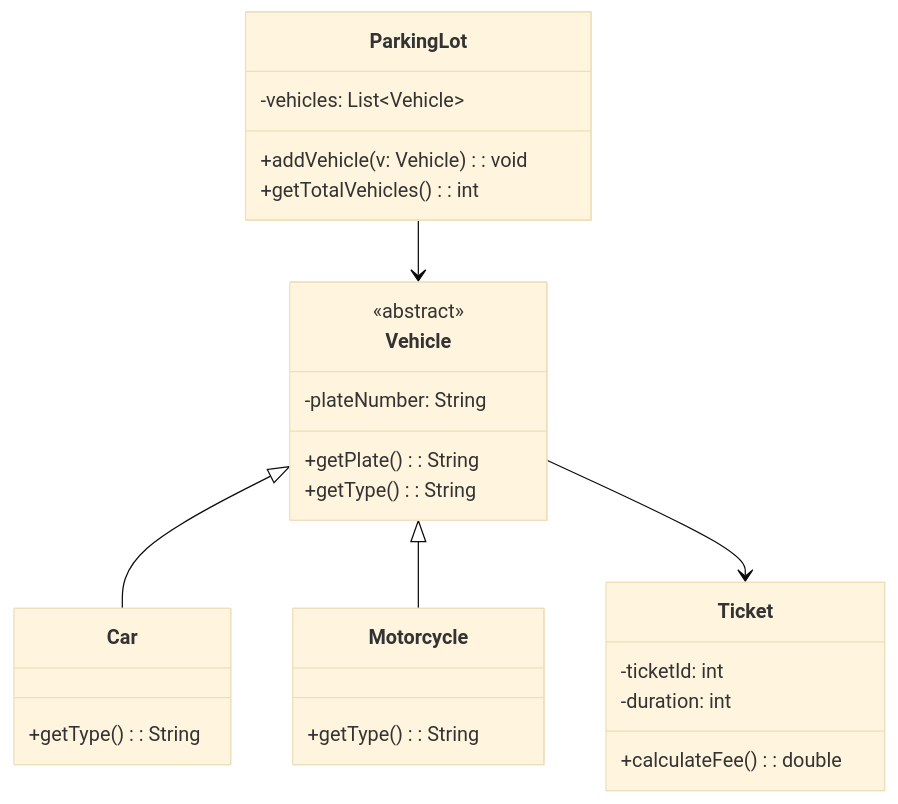
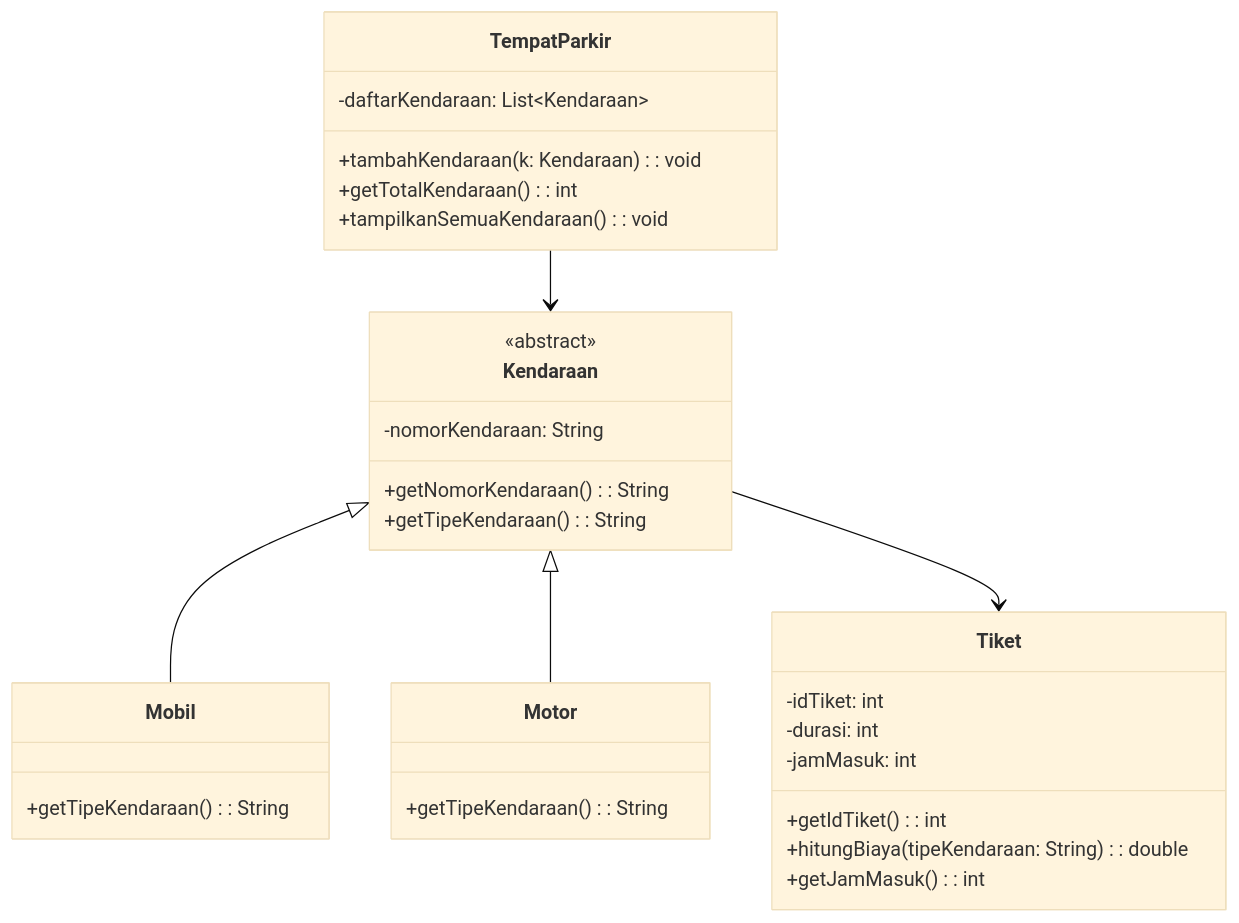
Before and after one commit to aulinsn/Strukdat-Class-Diagram-Assignment: the diagram in README.md, drawn with Mermaid (base theme). The commit also changed other lines of this file, not shown here.

````diff
--- a/README.md
+++ b/README.md
@@ -20,36 +20,40 @@
 ```mermaid
 classDiagram
 
-    class Vehicle {
+    class Kendaraan {
         <<abstract>>
-        -plateNumber: String
-        +getPlate(): String
-        +getType(): String
+        -nomorKendaraan: String
+        +getNomorKendaraan(): String
+        +getTipeKendaraan(): String
     }
 
-    class Car {
-        +getType(): String
+    class Mobil {
+        +getTipeKendaraan(): String
     }
 
-    class Motorcycle {
-        +getType(): String
+    class Motor {
+        +getTipeKendaraan(): String
     }
 
-    class Ticket {
-        -ticketId: int
-        -duration: int
-        +calculateFee(): double
+    class Tiket {
+        -idTiket: int
+        -durasi: int
+        -jamMasuk: int
+        +getIdTiket(): int
+        +hitungBiaya(tipeKendaraan: String): double
+        +getJamMasuk(): int
     }
 
-    class ParkingLot {
-        -vehicles: List~Vehicle~
-        +addVehicle(v: Vehicle): void
-        +getTotalVehicles(): int
+    class TempatParkir {
+        -daftarKendaraan: List~Kendaraan~
+        +tambahKendaraan(k: Kendaraan): void
+        +getTotalKendaraan(): int
+        +tampilkanSemuaKendaraan(): void
     }
 
-    Vehicle <|-- Car
-    Vehicle <|-- Motorcycle
+    Kendaraan <|-- Mobil
+    Kendaraan <|-- Motor
 
-    ParkingLot --> Vehicle
-    Vehicle --> Ticket
+    TempatParkir --> Kendaraan
+    Kendaraan --> Tiket
 ```
````
